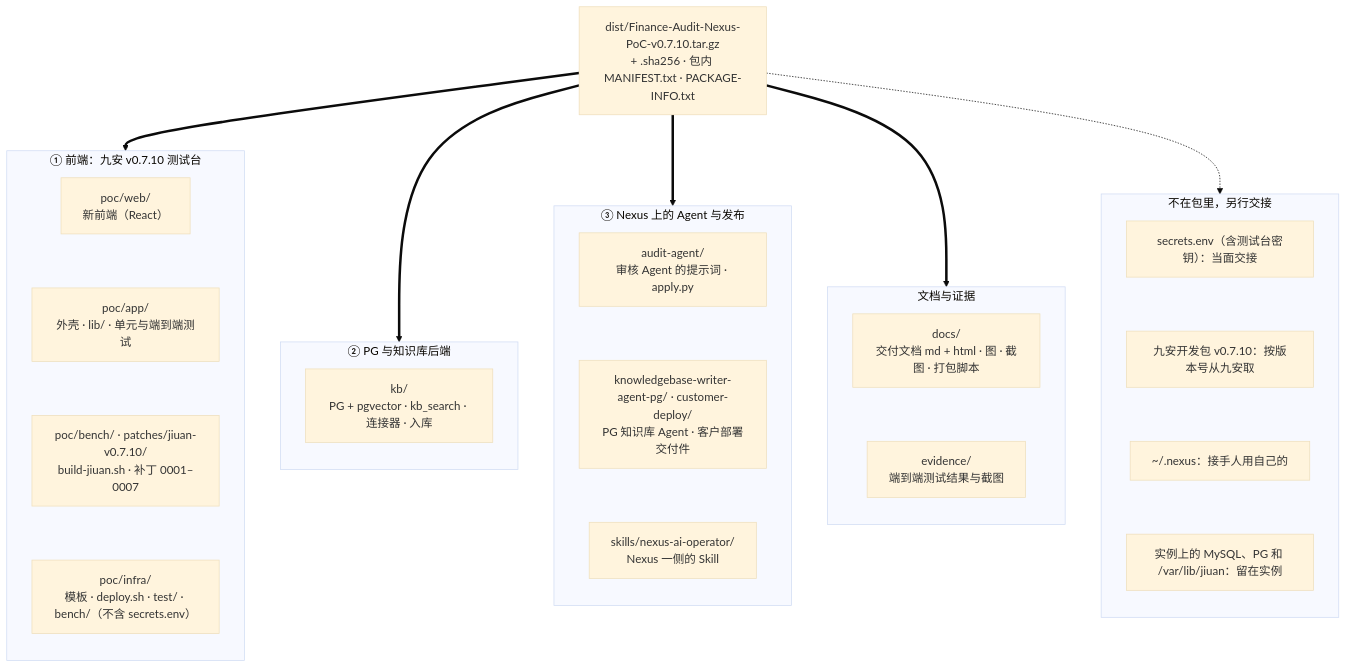
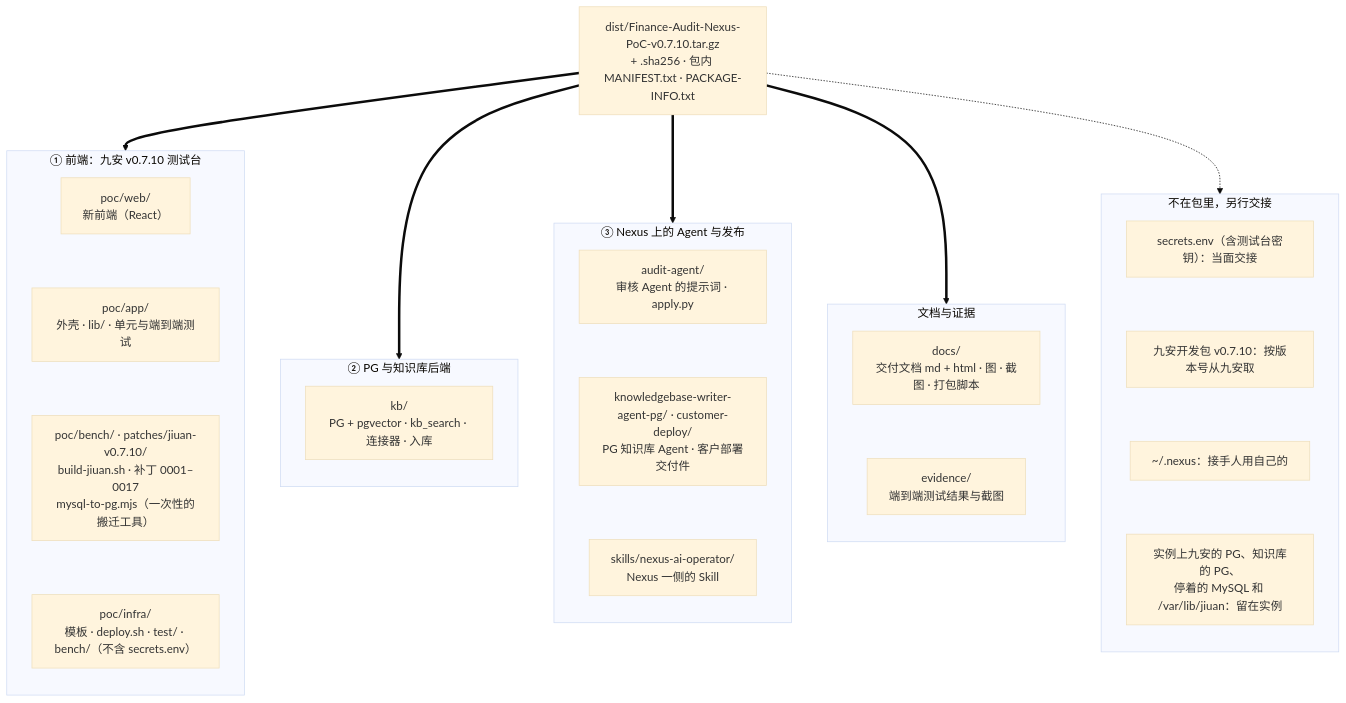
One commit to LiboMa/nexus-jiuan-agent-framework-poc changed the diagram in docs/assets/diagrams/package-contents.mmd. Above: the diagram before and after it, drawn with Mermaid (base theme). The commit also changed 38 other files, not shown here.

```diff
--- a/docs/assets/diagrams/package-contents.mmd
+++ b/docs/assets/diagrams/package-contents.mmd
@@ -1,43 +1,43 @@
 flowchart TB
   pkg["dist/Finance-Audit-Nexus-PoC-v0.7.10.tar.gz<br/>+ .sha256 · 包内 MANIFEST.txt · PACKAGE-INFO.txt"]
   subgraph front["① 前端：九安 v0.7.10 测试台"]
     direction TB
     web["poc/web/<br/>新前端（React）"]
     app["poc/app/<br/>外壳 · lib/ · 单元与端到端测试"]
-    bench["poc/bench/ · patches/jiuan-v0.7.10/<br/>build-jiuan.sh · 补丁 0001–0007"]
+    bench["poc/bench/ · patches/jiuan-v0.7.10/<br/>build-jiuan.sh · 补丁 0001–0017<br/>mysql-to-pg.mjs（一次性的搬迁工具）"]
     infra["poc/infra/<br/>模板 · deploy.sh · test/ · bench/（不含 secrets.env）"]
   end
   subgraph back["② PG 与知识库后端"]
     direction TB
     kb["kb/<br/>PG + pgvector · kb_search · 连接器 · 入库"]
   end
   subgraph agents["③ Nexus 上的 Agent 与发布"]
     direction TB
     aa["audit-agent/<br/>审核 Agent 的提示词 · apply.py"]
     pga["knowledgebase-writer-agent-pg/ · customer-deploy/<br/>PG 知识库 Agent · 客户部署交付件"]
     op["skills/nexus-ai-operator/<br/>Nexus 一侧的 Skill"]
   end
   subgraph docsg["文档与证据"]
     direction TB
     delivery["docs/<br/>交付文档 md + html · 图 · 截图 · 打包脚本"]
     ev["evidence/<br/>端到端测试结果与截图"]
   end
   subgraph outg["不在包里，另行交接"]
     direction TB
     o1["secrets.env（含测试台密钥）：当面交接"]
     o2["九安开发包 v0.7.10：按版本号从九安取"]
     o3["~/.nexus：接手人用自己的"]
-    o4["实例上的 MySQL、PG 和 /var/lib/jiuan：留在实例"]
+    o4["实例上九安的 PG、知识库的 PG、<br/>停着的 MySQL 和 /var/lib/jiuan：留在实例"]
   end
   pkg ==> front
   pkg ==> back
   pkg ==> agents
   pkg ==> docsg
   pkg -.-> outg
   web ~~~ app ~~~ bench ~~~ infra
   aa ~~~ pga ~~~ op
   delivery ~~~ ev
   o1 ~~~ o2 ~~~ o3 ~~~ o4
   class pkg nexus
   class web,app,bench,infra,kb,aa,pga,op,delivery,ev poc
   class o1,o2,o3,o4 risk
```
